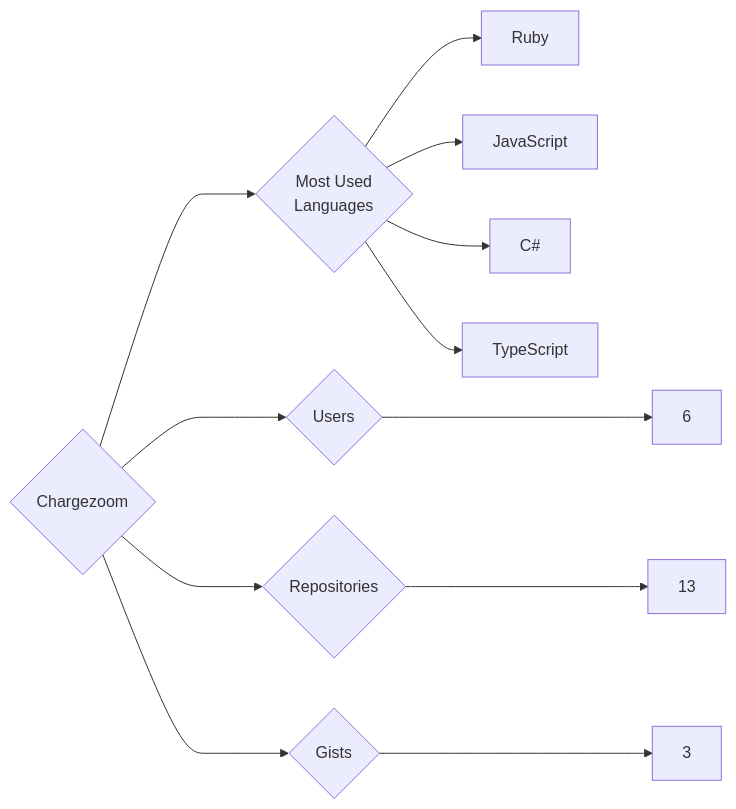
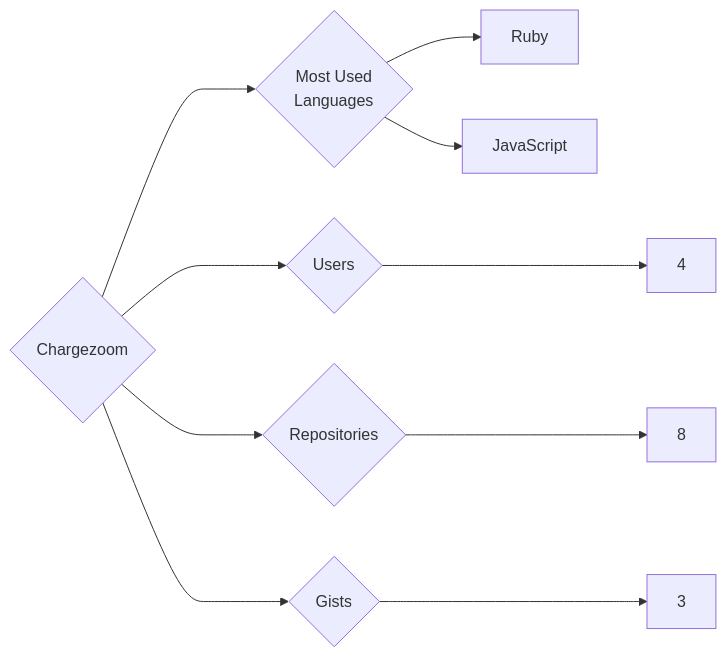
One commit to trickest/insiders changed the diagram in targets/Chargezoom/README.md. Above: the diagram before and after it, drawn with Mermaid. The commit also changed 1003 other files, not shown here.

````diff
--- a/targets/Chargezoom/README.md
+++ b/targets/Chargezoom/README.md
@@ -3,12 +3,10 @@
 ```mermaid
 graph LR
 COMPANY_NAME{Chargezoom}
-COMPANY_NAME ---> U{Users} ---> UN[6]
-COMPANY_NAME ---> R{Repositories} ---> RN[13]
+COMPANY_NAME ---> U{Users} ---> UN[4]
+COMPANY_NAME ---> R{Repositories} ---> RN[8]
 COMPANY_NAME ---> G{Gists} ---> GN[3]
 COMPANY_NAME ---> ML{Most Used<br>Languages}
 ML --> Ruby[Ruby]
 ML --> JavaScript[JavaScript]
-ML --> C#[C#]
-ML --> TypeScript[TypeScript]
 ```
````
